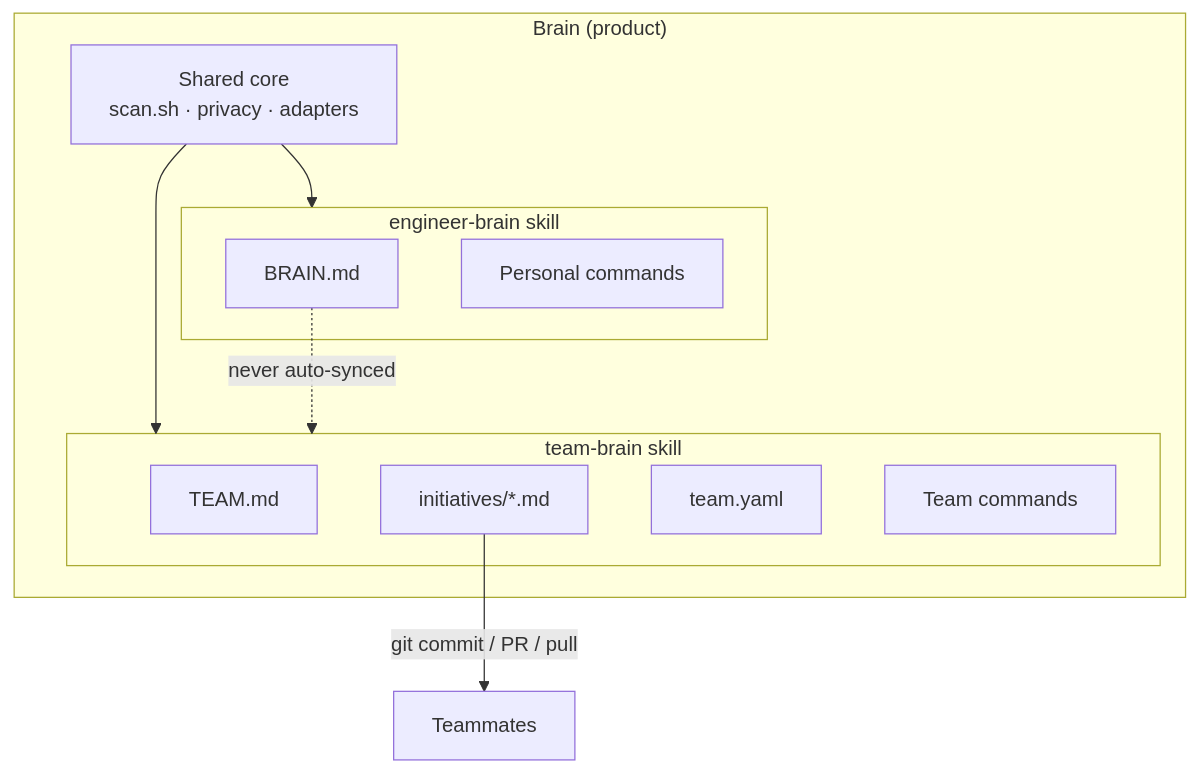
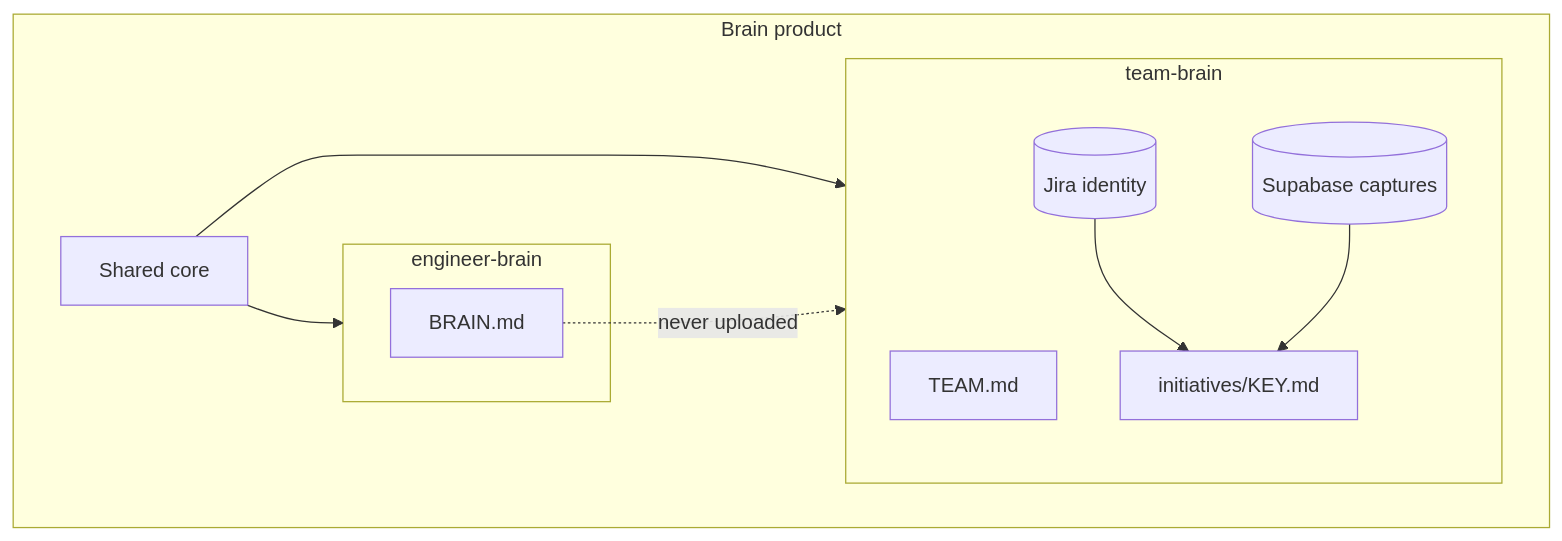
One commit to Hrithik-Gavankar/brainstack changed the diagram in docs/scopes.md. Above: the diagram before and after it, drawn with Mermaid. The commit also changed other lines of this file and 22 other files, not shown here.

Commit message:
feat(team-brain): add Supabase-backed hybrid sync for multi-engineer captures

````diff
--- a/docs/scopes.md
+++ b/docs/scopes.md
@@ -10,21 +10,20 @@
 ```mermaid
 flowchart TB
-  subgraph Product["Brain (product)"]
-    CORE[Shared core<br/>scan.sh · privacy · adapters]
-    subgraph Eng["engineer-brain skill"]
+  subgraph Product["Brain product"]
+    CORE[Shared core]
+    subgraph Eng["engineer-brain"]
       PB[BRAIN.md]
-      EC[Personal commands]
     end
-    subgraph Team["team-brain skill"]
+    subgraph Team["team-brain"]
       TB[TEAM.md]
-      IN[initiatives/*.md]
-      TY[team.yaml]
-      TC[Team commands]
+      IN["initiatives/KEY.md"]
+      SB[(Supabase captures)]
+      J[(Jira identity)]
     end
   end
-
   CORE --> Eng
   CORE --> Team
-  PB -.->|never auto-synced| Team
-  IN -->|git commit / PR / pull| SHARE[Teammates]
+  PB -.->|never uploaded| Team
+  J --> IN
+  SB --> IN
 ```
````
